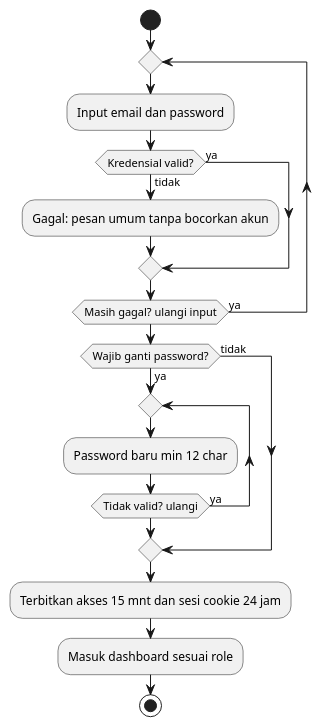
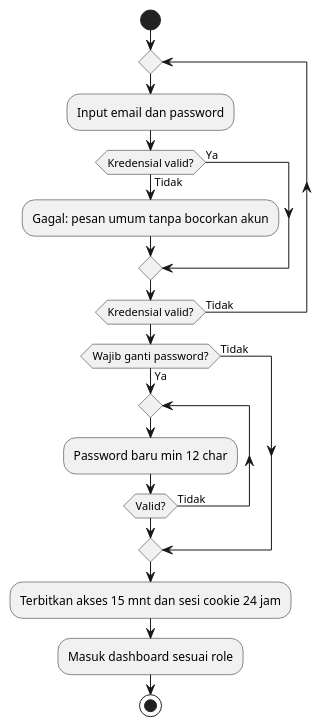
The diagram in docs/diagrams/plantuml/act-f01-login.puml (mygads/Face-Recognition-Capstone), drawn with PlantUML before and after one commit. The commit also changed 58 other files, not shown here.

First line of the commit message:
Refactor activity diagrams and update flow descriptions

```diff
--- a/docs/diagrams/plantuml/act-f01-login.puml
+++ b/docs/diagrams/plantuml/act-f01-login.puml
@@ -1,20 +1,20 @@
 @startuml
 ' Activity F-01 Login — docs/proposal/05-activity.md §5.1
 start
 repeat
   :Input email dan password;
-  if (Kredensial valid?) then (tidak)
+  if (Kredensial valid?) then (Tidak)
     :Gagal: pesan umum tanpa bocorkan akun;
-  else (ya)
+  else (Ya)
   endif
-repeat while (Masih gagal? ulangi input) is (ya)
-if (Wajib ganti password?) then (ya)
+repeat while (Kredensial valid?) is (Tidak)
+if (Wajib ganti password?) then (Ya)
   repeat
     :Password baru min 12 char;
-  repeat while (Tidak valid? ulangi) is (ya)
-else (tidak)
+  repeat while (Valid?) is (Tidak)
+else (Tidak)
 endif
 :Terbitkan akses 15 mnt dan sesi cookie 24 jam;
 :Masuk dashboard sesuai role;
 stop
 @enduml
```
